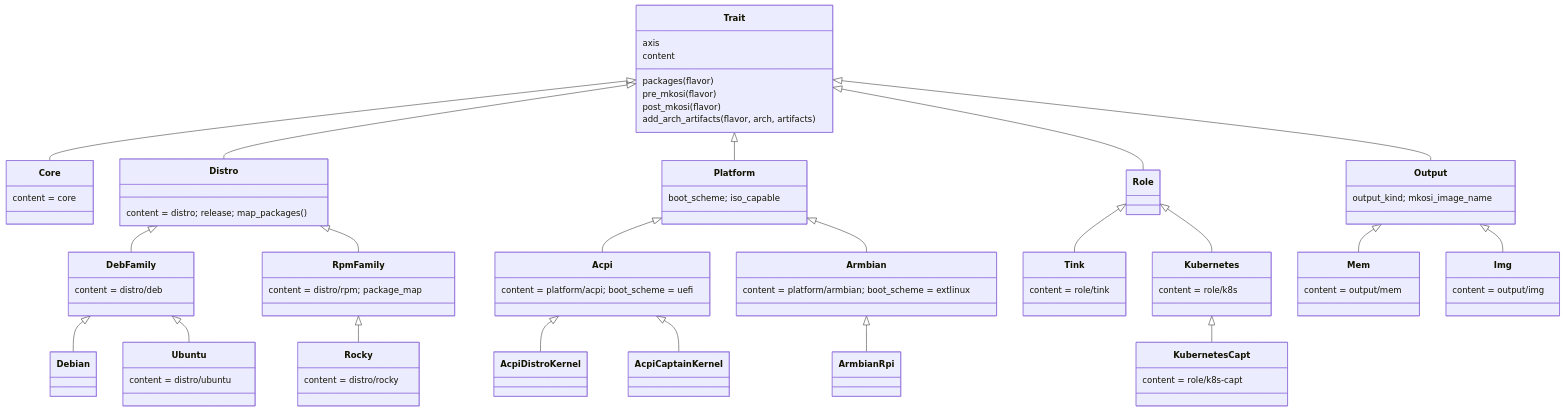
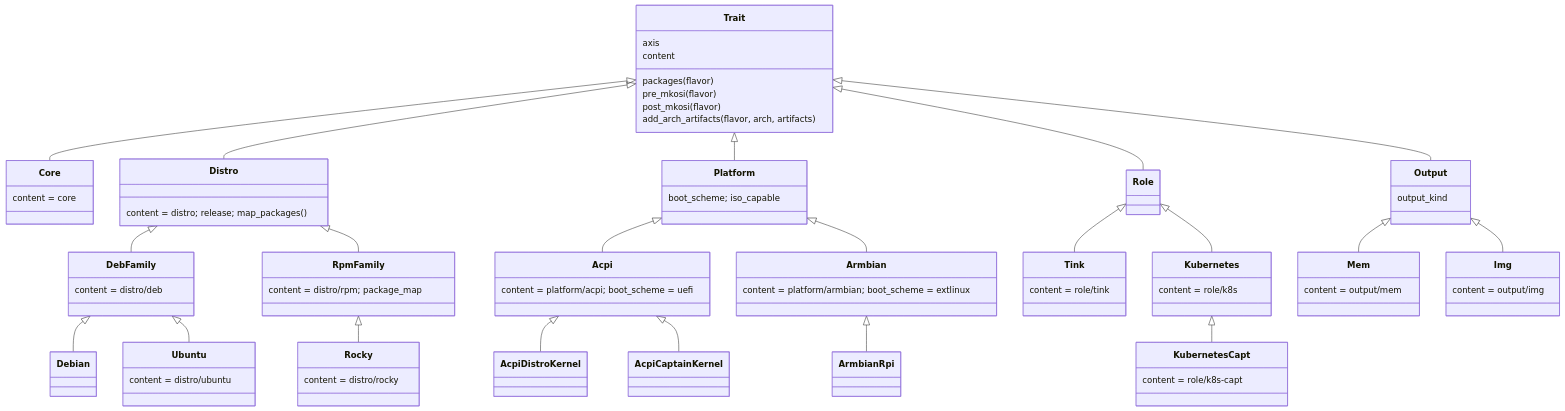
One commit to rpardini/captain changed the third of 8 diagrams in docs/design-decisions/flavor-traits.md. Above: the diagram before and after it, drawn with Mermaid. The commit also changed 25 other files, not shown here.

````diff
--- a/docs/design-decisions/flavor-traits.md
+++ b/docs/design-decisions/flavor-traits.md
@@ -101,53 +101,53 @@
 ```mermaid
 classDiagram
     direction TB
     class Trait {
         axis
         content
         packages(flavor)
         pre_mkosi(flavor)
         post_mkosi(flavor)
         add_arch_artifacts(flavor, arch, artifacts)
     }
     class Core { content = core }
     class Distro { content = distro; release; map_packages() }
     class DebFamily { content = distro/deb }
     class RpmFamily { content = distro/rpm; package_map }
     class Debian
     class Ubuntu { content = distro/ubuntu }
     class Rocky { content = distro/rocky }
     class Platform { boot_scheme; iso_capable }
     class Acpi { content = platform/acpi; boot_scheme = uefi }
     class AcpiDistroKernel
     class AcpiCaptainKernel
     class Armbian { content = platform/armbian; boot_scheme = extlinux }
     class ArmbianRpi
     class Role
     class Tink { content = role/tink }
     class Kubernetes { content = role/k8s }
     class KubernetesCapt { content = role/k8s-capt }
-    class Output { output_kind; mkosi_image_name }
+    class Output { output_kind }
     class Mem { content = output/mem }
     class Img { content = output/img }
 
     Trait <|-- Core
     Trait <|-- Distro
     Distro <|-- DebFamily
     Distro <|-- RpmFamily
     DebFamily <|-- Debian
     DebFamily <|-- Ubuntu
     RpmFamily <|-- Rocky
     Trait <|-- Platform
     Platform <|-- Acpi
     Acpi <|-- AcpiDistroKernel
     Acpi <|-- AcpiCaptainKernel
     Platform <|-- Armbian
     Armbian <|-- ArmbianRpi
     Trait <|-- Role
     Role <|-- Tink
     Role <|-- Kubernetes
     Kubernetes <|-- KubernetesCapt
     Trait <|-- Output
     Output <|-- Mem
     Output <|-- Img
 ```
````
